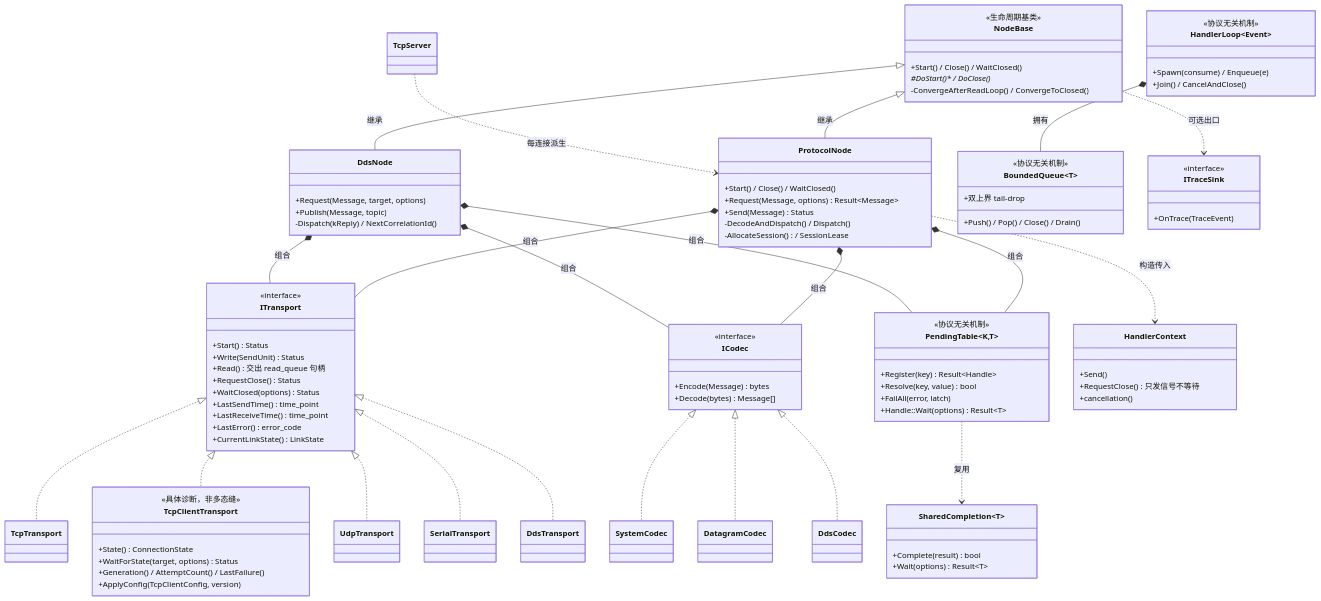
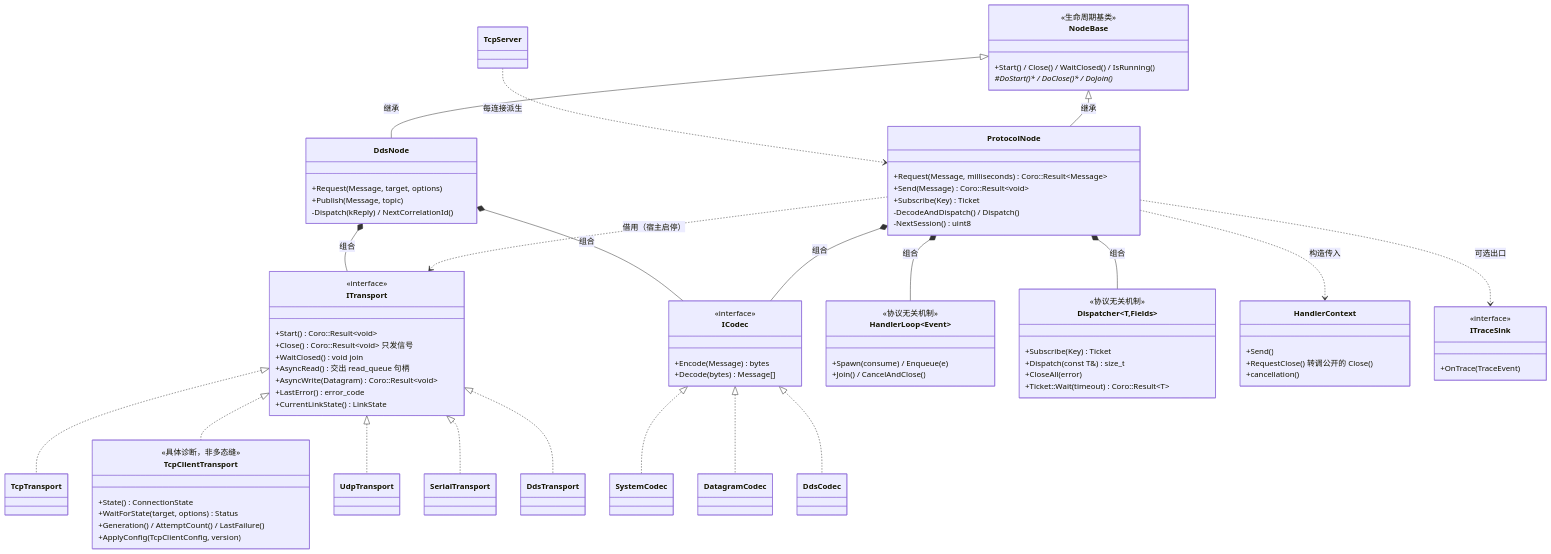
One commit to Ste7an-cs/Transport changed the diagram in docs/diagrams/arch-class.mmd. Above: the diagram before and after it, drawn with Mermaid. The commit also changed 20 other files, not shown here.

First line of the commit message:
docs(diagrams): 按 ADR-0008 重绘九张图，同步 SDD 图注与追溯矩阵

```diff
--- a/docs/diagrams/arch-class.mmd
+++ b/docs/diagrams/arch-class.mmd
@@ -1,108 +1,94 @@
 classDiagram
     direction TB
 
     class ITransport {
         <<interface>>
-        +Start() Status
-        +Write(SendUnit) Status
-        +Read() 交出 read_queue 句柄
-        +RequestClose() Status
-        +WaitClosed(options) Status
-        +LastSendTime() time_point
-        +LastReceiveTime() time_point
+        +Start() Coro::Result~void~
+        +Close() Coro::Result~void~  只发信号
+        +WaitClosed() void  join
+        +AsyncRead() 交出 read_queue 句柄
+        +AsyncWrite(Datagram) Coro::Result~void~
         +LastError() error_code
         +CurrentLinkState() LinkState
     }
     class ICodec {
         <<interface>>
         +Encode(Message) bytes
         +Decode(bytes) Message[]
     }
 
     class ProtocolNode {
-        +Start() / Close() / WaitClosed()
-        +Request(Message, options) Result~Message~
-        +Send(Message) Status
+        +Request(Message, milliseconds) Coro::Result~Message~
+        +Send(Message) Coro::Result~void~
+        +Subscribe(Key) Ticket
         -DecodeAndDispatch() / Dispatch()
-        -AllocateSession() / SessionLease
+        -NextSession() uint8
     }
     class DdsNode {
         +Request(Message, target, options)
         +Publish(Message, topic)
         -Dispatch(kReply) / NextCorrelationId()
     }
     class NodeBase {
         <<生命周期基类>>
-        +Start() / Close() / WaitClosed()
-        #DoStart()* / DoClose()*
-        -ConvergeAfterReadLoop() / ConvergeToClosed()
+        +Start() / Close() / WaitClosed() / IsRunning()
+        #DoStart()* / DoClose()* / DoJoin()*
     }
     class HandlerLoop~Event~ {
         <<协议无关机制>>
         +Spawn(consume) / Enqueue(e)
         +Join() / CancelAndClose()
     }
-    class PendingTable~K,T~ {
+    class Dispatcher~T,Fields~ {
         <<协议无关机制>>
-        +Register(key) Result~Handle~
-        +Resolve(key, value) bool
-        +FailAll(error, latch)
-        +Handle::Wait(options) Result~T~
-    }
-    class BoundedQueue~T~ {
-        <<协议无关机制>>
-        +Push() / Pop() / Close() / Drain()
-        +双上界 tail-drop
+        +Subscribe(Key) Ticket
+        +Dispatch(const T&) size_t
+        +CloseAll(error)
+        +Ticket::Wait(timeout) Coro::Result~T~
     }
     class HandlerContext {
         +Send()
-        +RequestClose() 只发信号不等待
+        +RequestClose() 转调公开的 Close()
         +cancellation()
-    }
-    class SharedCompletion~T~ {
-        +Complete(result) bool
-        +Wait(options) Result~T~
     }
     class ITraceSink {
         <<interface>>
         +OnTrace(TraceEvent)
     }
 
     class TcpTransport
     class TcpClientTransport {
         <<具体诊断，非多态缝>>
         +State() ConnectionState
         +WaitForState(target, options) Status
         +Generation() / AttemptCount() / LastFailure()
         +ApplyConfig(TcpClientConfig, version)
     }
     class UdpTransport
     class SerialTransport
     class DdsTransport
     class TcpServer
     class SystemCodec
     class DatagramCodec
     class DdsCodec
 
     ITransport <|.. TcpTransport
     ITransport <|.. TcpClientTransport
     ITransport <|.. UdpTransport
     ITransport <|.. SerialTransport
     ITransport <|.. DdsTransport
     ICodec <|.. SystemCodec
     ICodec <|.. DatagramCodec
     ICodec <|.. DdsCodec
 
-    ProtocolNode *-- ITransport : 组合
+    ProtocolNode ..> ITransport : 借用（宿主启停）
     ProtocolNode *-- ICodec : 组合
-    ProtocolNode *-- PendingTable : 组合
+    ProtocolNode *-- Dispatcher : 组合
+    ProtocolNode *-- HandlerLoop : 组合
     NodeBase <|-- ProtocolNode : 继承
     DdsNode *-- ITransport : 组合
     DdsNode *-- ICodec : 组合
-    DdsNode *-- PendingTable : 组合
     NodeBase <|-- DdsNode : 继承
-    HandlerLoop *-- BoundedQueue : 拥有
-    PendingTable ..> SharedCompletion : 复用
     ProtocolNode ..> HandlerContext : 构造传入
     TcpServer ..> ProtocolNode : 每连接派生
-    NodeBase ..> ITraceSink : 可选出口
+    ProtocolNode ..> ITraceSink : 可选出口
```
